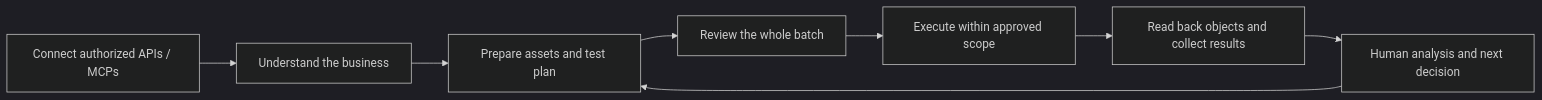
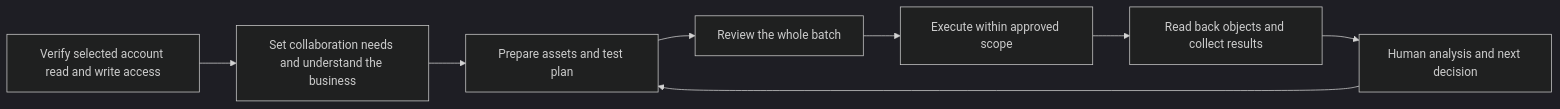
The diagram in README.md (creator2000212-crypto/ad-ops-agent), drawn with Mermaid (dark theme) before and after one commit. The commit also changed other lines of this file and 20 other files, not shown here.

````diff
--- a/README.md
+++ b/README.md
@@ -13,10 +13,10 @@
 ```mermaid
 flowchart LR
-    A[Connect authorized APIs / MCPs] --> B[Understand the business]
+    A[Verify selected account read and write access] --> B[Set collaboration needs and understand the business]
     B --> C[Prepare assets and test plan]
     C --> D[Review the whole batch]
     D --> E[Execute within approved scope]
     E --> F[Read back objects and collect results]
     F --> G[Human analysis and next decision]
     G --> C
 ```
````
